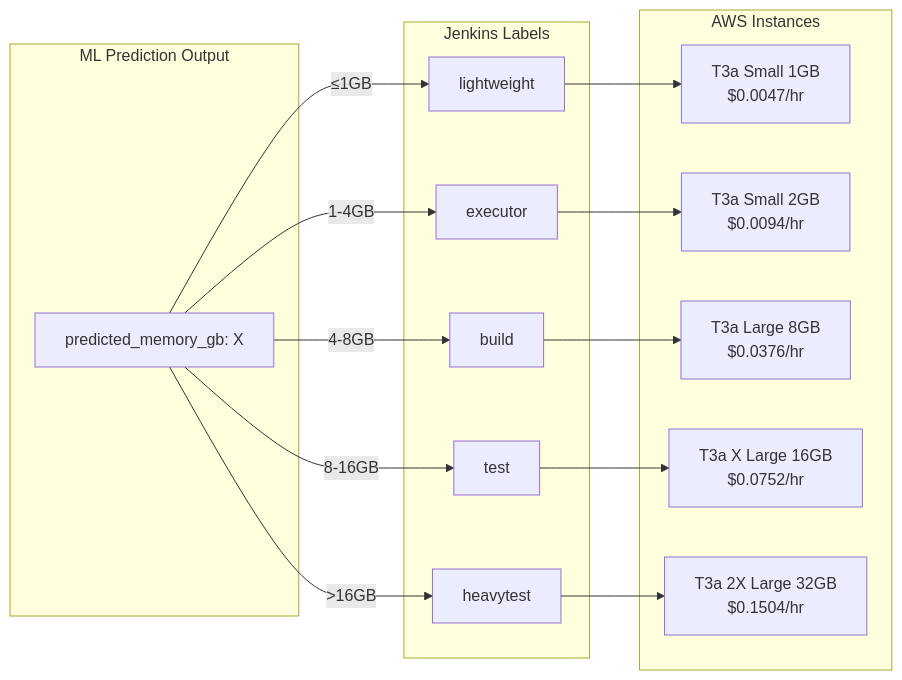
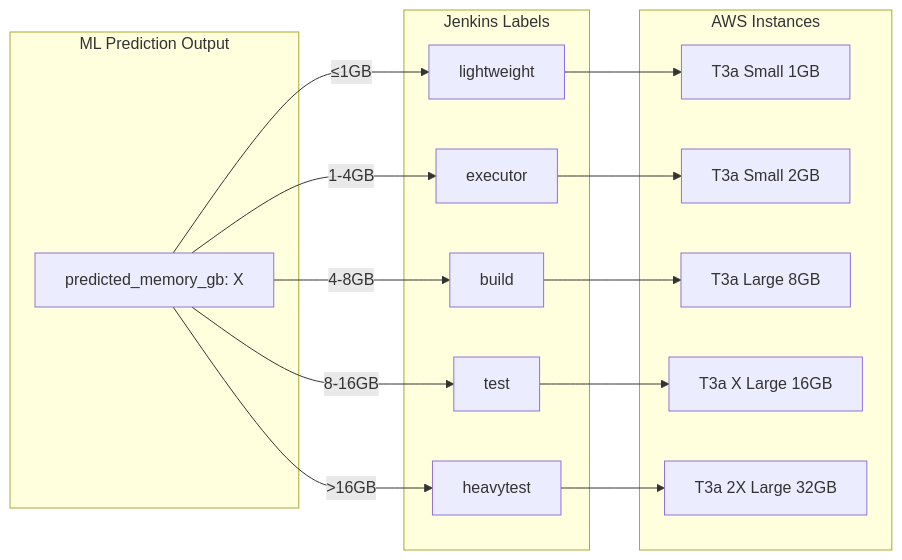
One commit to manpritsingh-mod/Anti-ML-Training changed the fifth of 7 diagrams in docs/IMPLEMENTATION_PLAN.md. Above: the diagram before and after it, drawn with Mermaid. The commit also changed other lines of this file and 2 other files, not shown here.

````diff
--- a/docs/IMPLEMENTATION_PLAN.md
+++ b/docs/IMPLEMENTATION_PLAN.md
@@ -188,28 +168,28 @@
 ```mermaid
 flowchart LR
     subgraph Prediction["ML Prediction Output"]
         P1["predicted_memory_gb: X"]
     end
     
     subgraph Labels["Jenkins Labels"]
         L1["lightweight"]
         L2["executor"]
         L3["build"]
         L4["test"]
         L5["heavytest"]
     end
     
     subgraph AWS["AWS Instances"]
-        A1["T3a Small 1GB<br/>$0.0047/hr"]
-        A2["T3a Small 2GB<br/>$0.0094/hr"]
-        A3["T3a Large 8GB<br/>$0.0376/hr"]
-        A4["T3a X Large 16GB<br/>$0.0752/hr"]
-        A5["T3a 2X Large 32GB<br/>$0.1504/hr"]
+        A1["T3a Small 1GB"]
+        A2["T3a Small 2GB"]
+        A3["T3a Large 8GB"]
+        A4["T3a X Large 16GB"]
+        A5["T3a 2X Large 32GB"]
     end
     
     P1 -->|"≤1GB"| L1 --> A1
     P1 -->|"1-4GB"| L2 --> A2
     P1 -->|"4-8GB"| L3 --> A3
     P1 -->|"8-16GB"| L4 --> A4
     P1 -->|">16GB"| L5 --> A5
 ```
````
